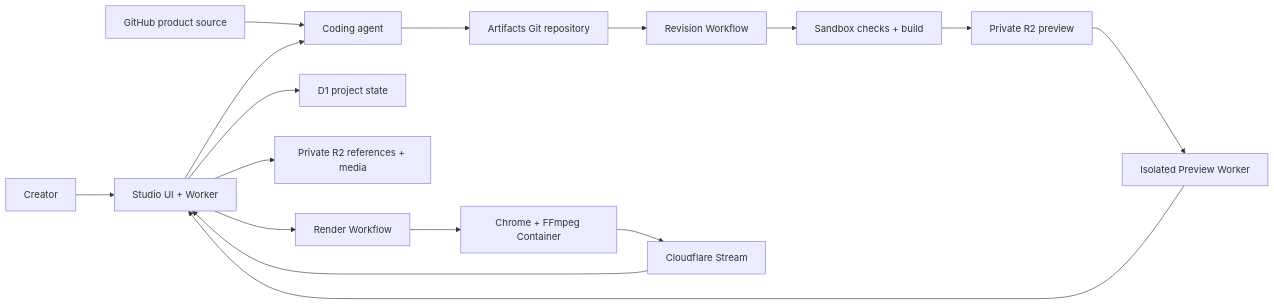
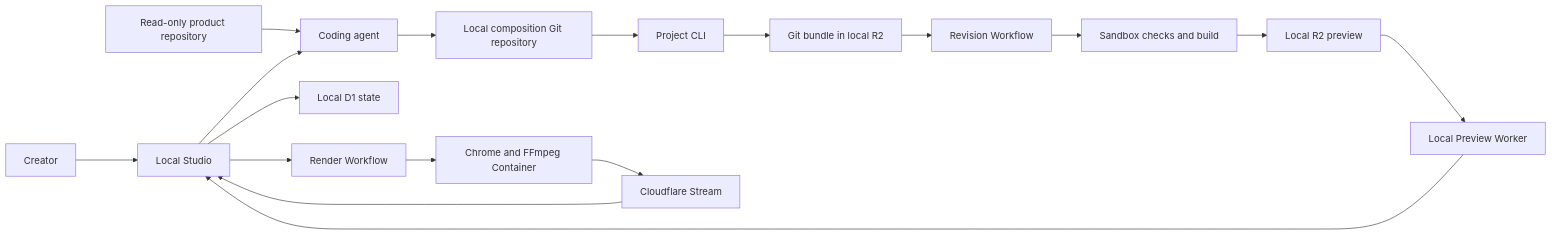
One commit to AbdulsaboorS/programmable-video changed the diagram in README.md. Above: the diagram before and after it, drawn with Mermaid. The commit also changed other lines of this file and 48 other files, not shown here.

Commit message:
Make local Git authoring the primary workflow

````diff
--- a/README.md
+++ b/README.md
@@ -28,18 +88,19 @@
 ```mermaid
 flowchart LR
-    Creator[Creator] --> Studio[Studio UI + Worker]
-    GitHub[GitHub product source] --> Agent[Coding agent]
+    Creator[Creator] --> Studio[Local Studio]
+    Product[Read-only product repository] --> Agent[Coding agent]
     Studio --> Agent
-    Agent --> Artifacts[Artifacts Git repository]
-    Artifacts --> Revision[Revision Workflow]
-    Revision --> Sandbox[Sandbox checks + build]
-    Sandbox --> R2Preview[Private R2 preview]
-    R2Preview --> Preview[Isolated Preview Worker]
+    Agent --> Git[Local composition Git repository]
+    Git --> CLI[Project CLI]
+    CLI --> Bundle[Git bundle in local R2]
+    Bundle --> Revision[Revision Workflow]
+    Revision --> Sandbox[Sandbox checks and build]
+    Sandbox --> PreviewR2[Local R2 preview]
+    PreviewR2 --> Preview[Local Preview Worker]
     Preview --> Studio
-    Studio --> D1[D1 project state]
-    Studio --> R2Media[Private R2 references + media]
+    Studio --> D1[Local D1 state]
     Studio --> Render[Render Workflow]
-    Render --> Container[Chrome + FFmpeg Container]
+    Render --> Container[Chrome and FFmpeg Container]
     Container --> Stream[Cloudflare Stream]
     Stream --> Studio
 ```
````
